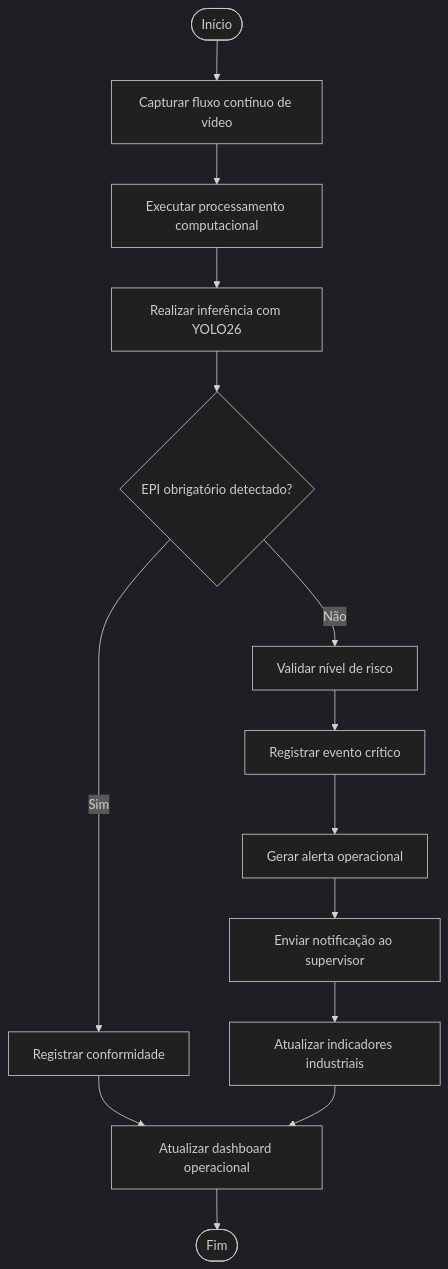
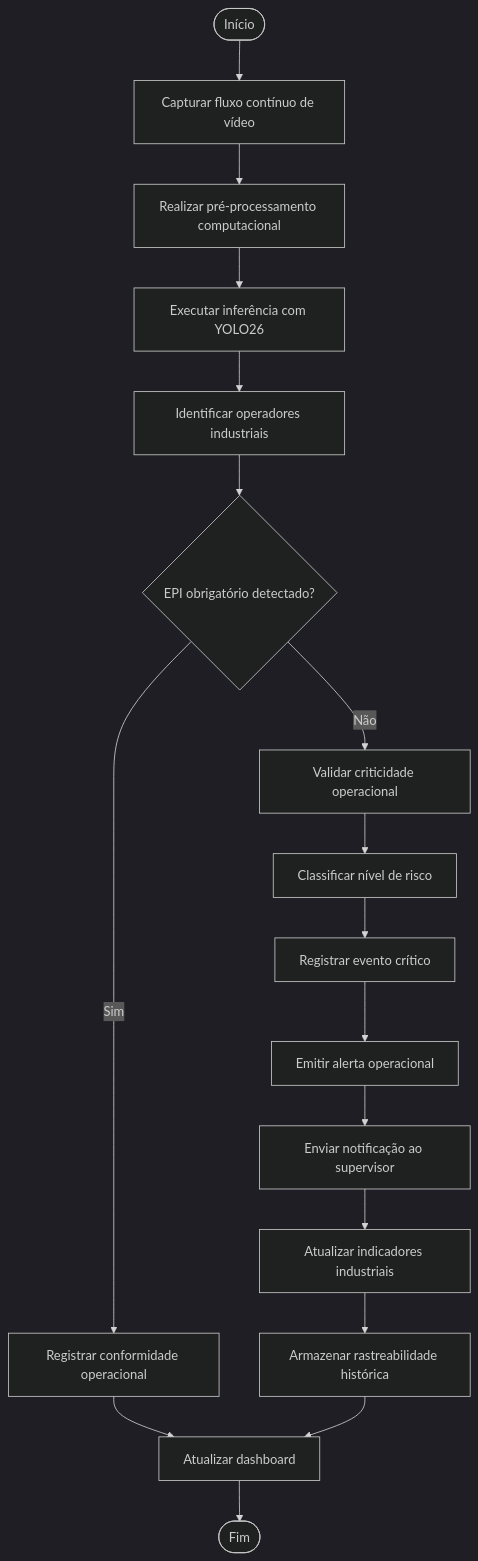
One commit to An4lu/SPRINT_EngenhariadeSoftware changed the diagram in docs/diagramas/atividades.md. Above: the diagram before and after it, drawn with Mermaid (dark theme). The commit also changed other lines of this file and 4 other files, not shown here.

Commit message:
fix(): melhorias diagramas

````diff
--- a/docs/diagramas/atividades.md
+++ b/docs/diagramas/atividades.md
@@ -3,37 +27,42 @@
 ```mermaid
 flowchart TD
 
 A([Início])
 
 B[Capturar fluxo contínuo de vídeo]
-C[Executar processamento computacional]
-D[Realizar inferência com YOLO26]
-E{EPI obrigatório detectado?}
+C[Realizar pré-processamento computacional]
+D[Executar inferência com YOLO26]
+E[Identificar operadores industriais]
+F{EPI obrigatório detectado?}
 
-F[Registrar conformidade]
-G[Atualizar dashboard operacional]
+G[Registrar conformidade operacional]
+H[Atualizar dashboard]
+I([Fim])
 
-H[Validar nível de risco]
-I[Registrar evento crítico]
-J[Gerar alerta operacional]
-K[Enviar notificação ao supervisor]
-L[Atualizar indicadores industriais]
-
-M([Fim])
+J[Validar criticidade operacional]
+K[Classificar nível de risco]
+L[Registrar evento crítico]
+M[Emitir alerta operacional]
+N[Enviar notificação ao supervisor]
+O[Atualizar indicadores industriais]
+P[Armazenar rastreabilidade histórica]
 
 A --> B
 B --> C
 C --> D
 D --> E
+E --> F
 
-E -- Sim --> F
-F --> G
-G --> M
+F -- Sim --> G
+G --> H
+H --> I
 
-E -- Não --> H
-H --> I
-I --> J
+F -- Não --> J
 J --> K
 K --> L
-L --> G
+L --> M
+M --> N
+N --> O
+O --> P
+P --> H
 ```
````
